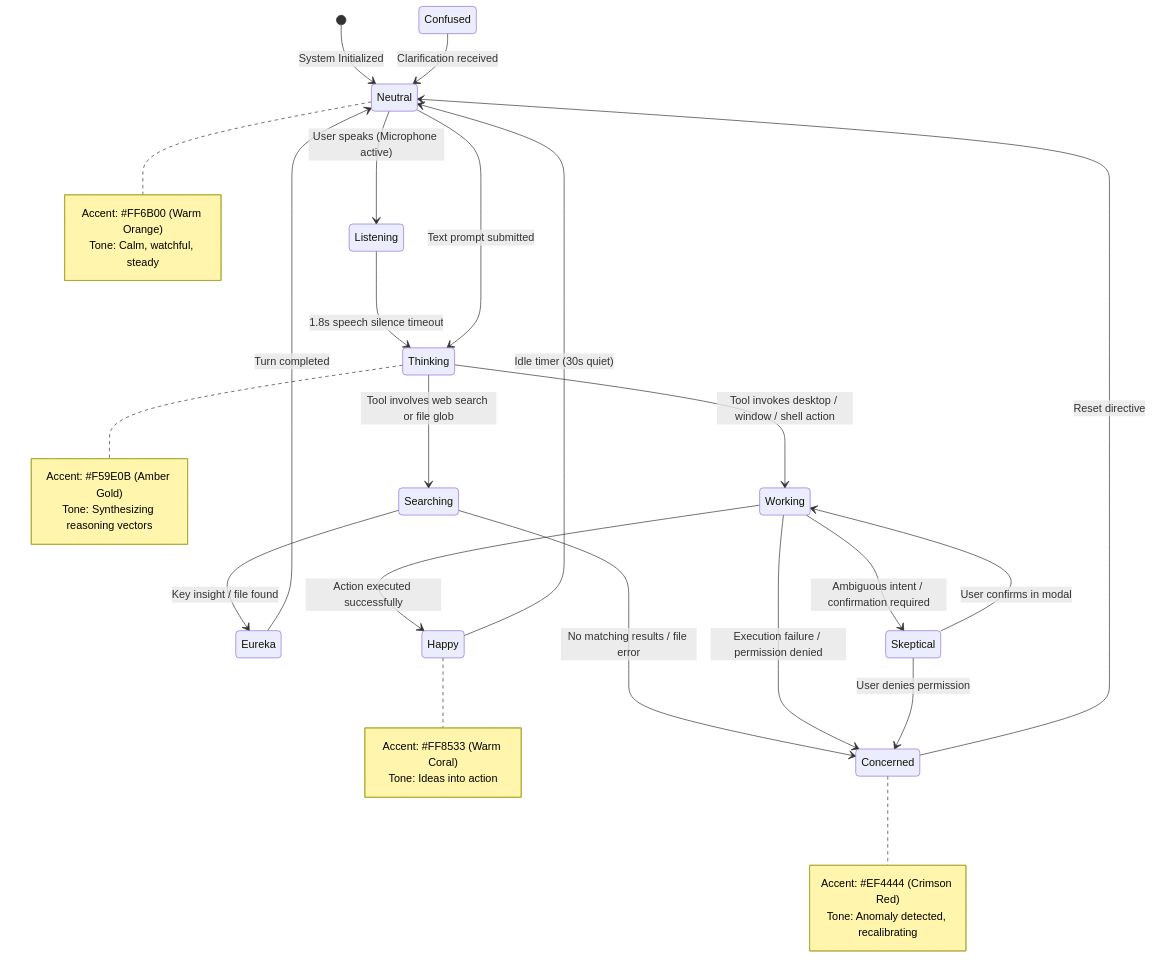
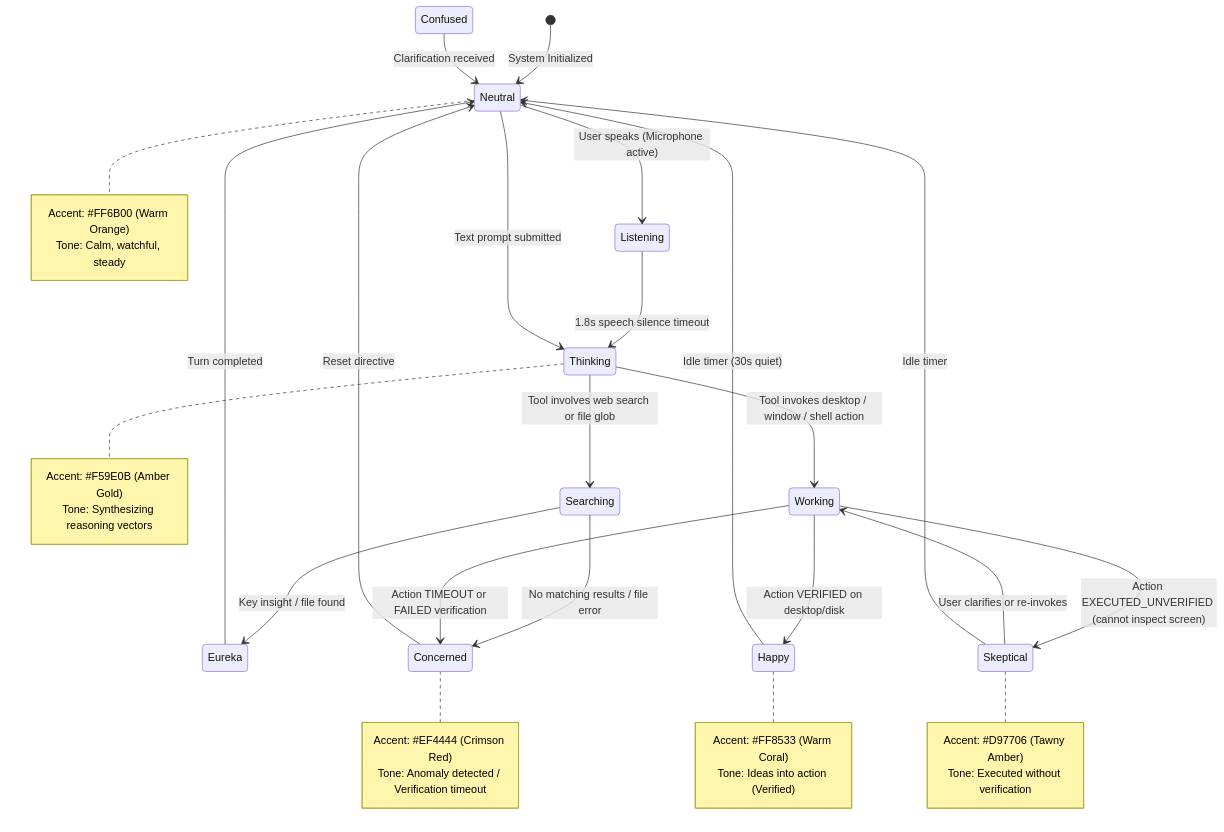
One commit to Abubakkar-Khan/VICTOR_THE_ARTIFICIAL_SOUL changed the eighth of 9 diagrams in README.md. Above: the diagram before and after it, drawn with Mermaid. The commit also changed other lines of this file and 10 other files, not shown here.

````diff
--- a/README.md
+++ b/README.md
@@ -515,46 +681,51 @@
 ```mermaid
 stateDiagram-v2
     [*] --> Neutral: System Initialized
 
     Neutral --> Listening: User speaks (Microphone active)
     Listening --> Thinking: 1.8s speech silence timeout
     Neutral --> Thinking: Text prompt submitted
 
     Thinking --> Searching: Tool involves web search or file glob
     Thinking --> Working: Tool invokes desktop / window / shell action
 
     Searching --> Eureka: Key insight / file found
     Searching --> Concerned: No matching results / file error
 
-    Working --> Happy: Action executed successfully
-    Working --> Concerned: Execution failure / permission denied
-    Working --> Skeptical: Ambiguous intent / confirmation required
+    Working --> Happy: Action VERIFIED on desktop/disk
+    Working --> Skeptical: Action EXECUTED_UNVERIFIED (cannot inspect screen)
+    Working --> Concerned: Action TIMEOUT or FAILED verification
 
-    Skeptical --> Working: User confirms in modal
-    Skeptical --> Concerned: User denies permission
+    Skeptical --> Working: User clarifies or re-invokes
+    Skeptical --> Neutral: Idle timer
 
     Happy --> Neutral: Idle timer (30s quiet)
     Eureka --> Neutral: Turn completed
     Concerned --> Neutral: Reset directive
     Confused --> Neutral: Clarification received
 
     note right of Neutral
       Accent: #FF6B00 (Warm Orange)
       Tone: Calm, watchful, steady
     end note
 
     note right of Thinking
       Accent: #F59E0B (Amber Gold)
       Tone: Synthesizing reasoning vectors
     end note
 
     note right of Happy
       Accent: #FF8533 (Warm Coral)
-      Tone: Ideas into action
+      Tone: Ideas into action (Verified)
+    end note
+
+    note right of Skeptical
+      Accent: #D97706 (Tawny Amber)
+      Tone: Executed without verification
     end note
 
     note right of Concerned
       Accent: #EF4444 (Crimson Red)
-      Tone: Anomaly detected, recalibrating
+      Tone: Anomaly detected / Verification timeout
     end note
 ```
````
